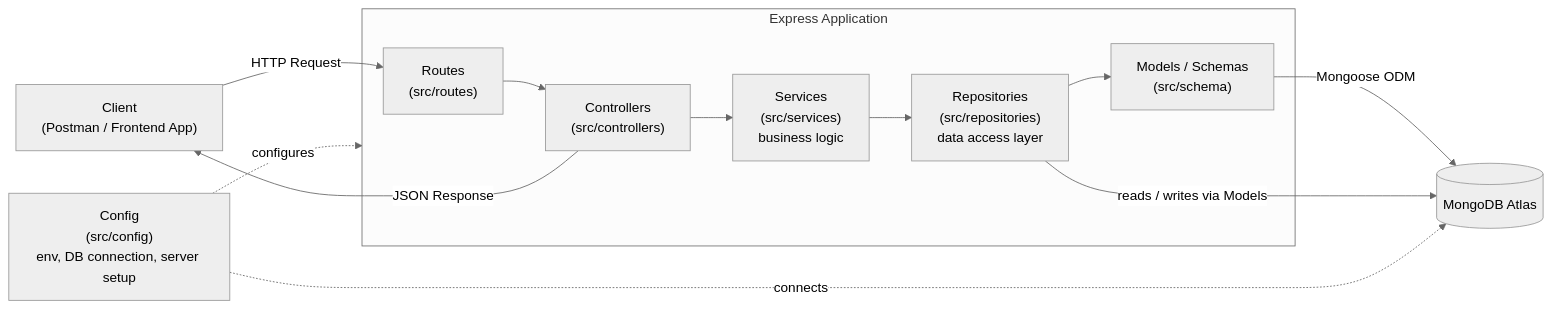
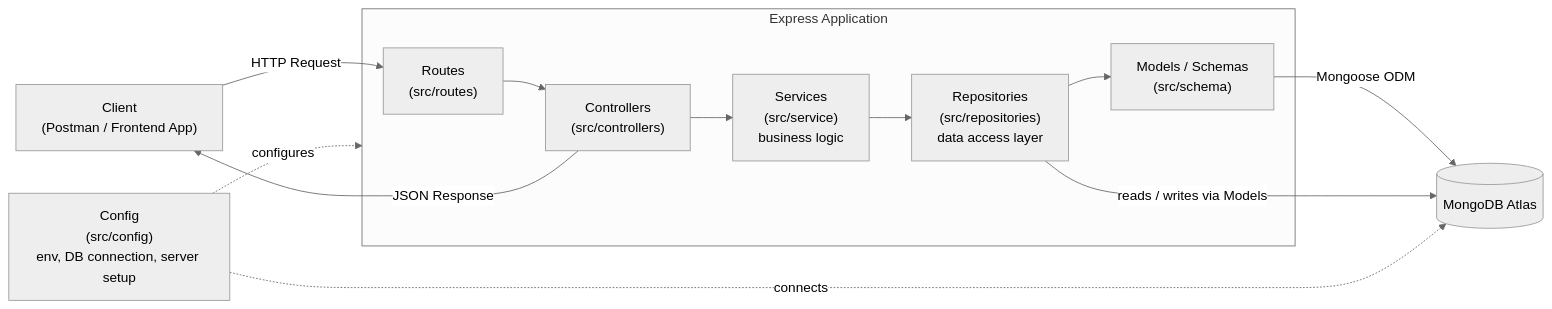
One commit to samsang-59/Pizza_APP_BACKEND changed the diagram in README.md. Above: the diagram before and after it, drawn with Mermaid (neutral theme). The commit also changed other lines of this file and 5 other files, not shown here.

First line of the commit message:
Add user registration flow: route, controller, service, repository

````diff
--- a/README.md
+++ b/README.md
@@ -32,18 +32,18 @@
 ```mermaid
 flowchart LR
     Client["Client\n(Postman / Frontend App)"] -->|HTTP Request| Routes
 
     subgraph API["Express Application"]
         Routes["Routes\n(src/routes)"] --> Controllers["Controllers\n(src/controllers)"]
-        Controllers --> Services["Services\n(src/services)\nbusiness logic"]
+        Controllers --> Services["Services\n(src/service)\nbusiness logic"]
         Services --> Repositories["Repositories\n(src/repositories)\ndata access layer"]
         Repositories --> Models["Models / Schemas\n(src/schema)"]
     end
 
     Models -->|Mongoose ODM| DB[("MongoDB Atlas")]
     Repositories -->|reads / writes via Models| DB
     Config["Config\n(src/config)\nenv, DB connection, server setup"] -.->|configures| API
     Config -.->|connects| DB
 
     Controllers -->|JSON Response| Client
 ```
````
